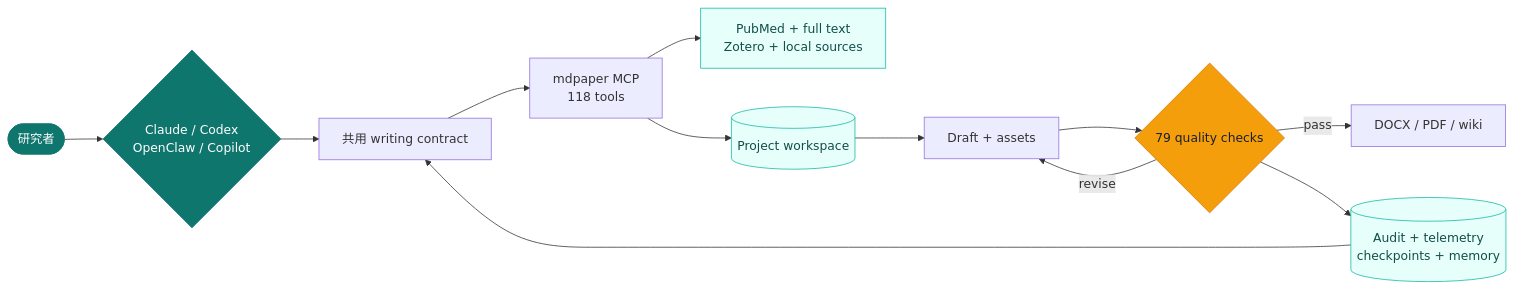
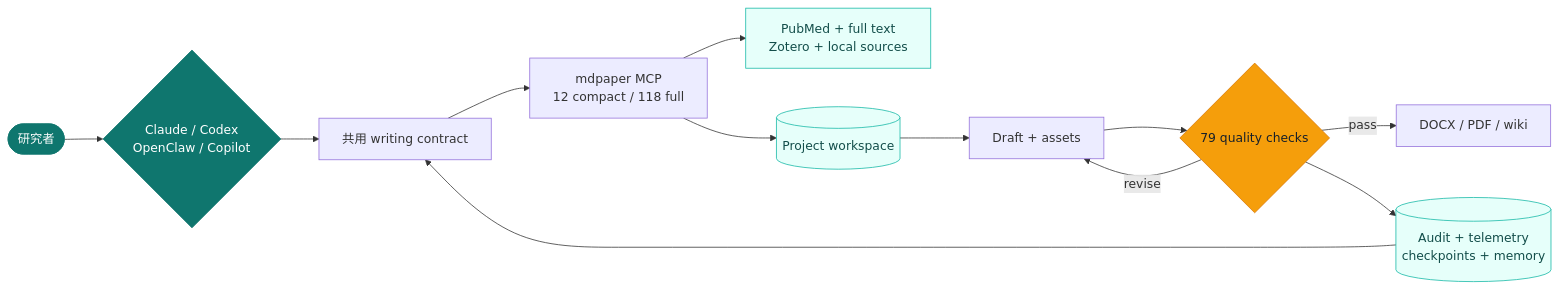
The first of 3 diagrams in docs/index.md (u9401066/med-paper-assistant), drawn with Mermaid before and after one commit. The commit also changed other lines of this file and 36 other files, not shown here.

````diff
--- a/docs/index.md
+++ b/docs/index.md
@@ -42,21 +42,21 @@
 ```mermaid
 flowchart LR
     Human([研究者]) --> Agent{Claude / Codex<br/>OpenClaw / Copilot}
     Agent --> Contract[共用 writing contract]
-    Contract --> MCP[mdpaper MCP<br/>118 tools]
+    Contract --> MCP[mdpaper MCP<br/>12 compact / 118 full]
     MCP --> Evidence[PubMed + full text<br/>Zotero + local sources]
     MCP --> Project[(Project workspace)]
     Project --> Draft[Draft + assets]
     Draft --> Hooks{79 quality checks}
     Hooks -->|revise| Draft
     Hooks -->|pass| Export[DOCX / PDF / wiki]
     Hooks --> Audit[(Audit + telemetry<br/>checkpoints + memory)]
     Audit --> Contract
 
     classDef actor fill:#0f766e,color:#fff,stroke:#0f766e
     classDef gate fill:#f59e0b,color:#17202a,stroke:#d97706
     classDef store fill:#e6fffa,color:#134e4a,stroke:#14b8a6
     class Human,Agent actor
     class Hooks gate
     class Evidence,Project,Audit store
 ```
````
